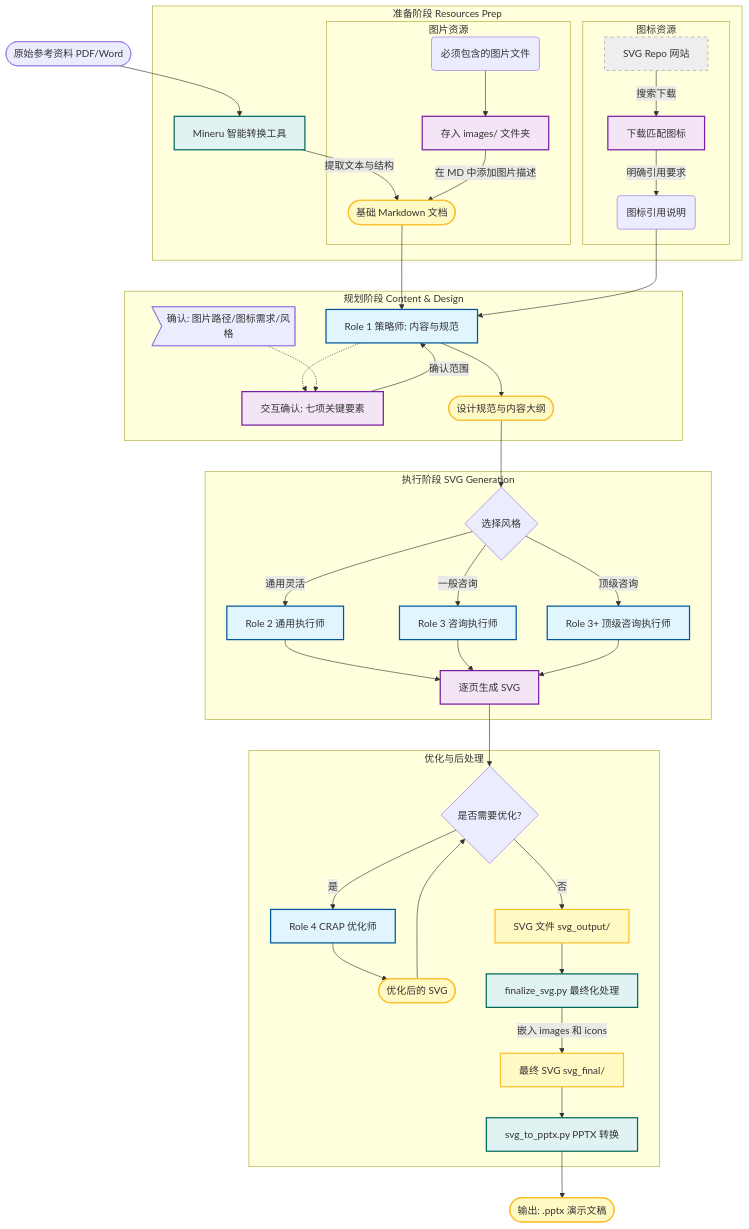
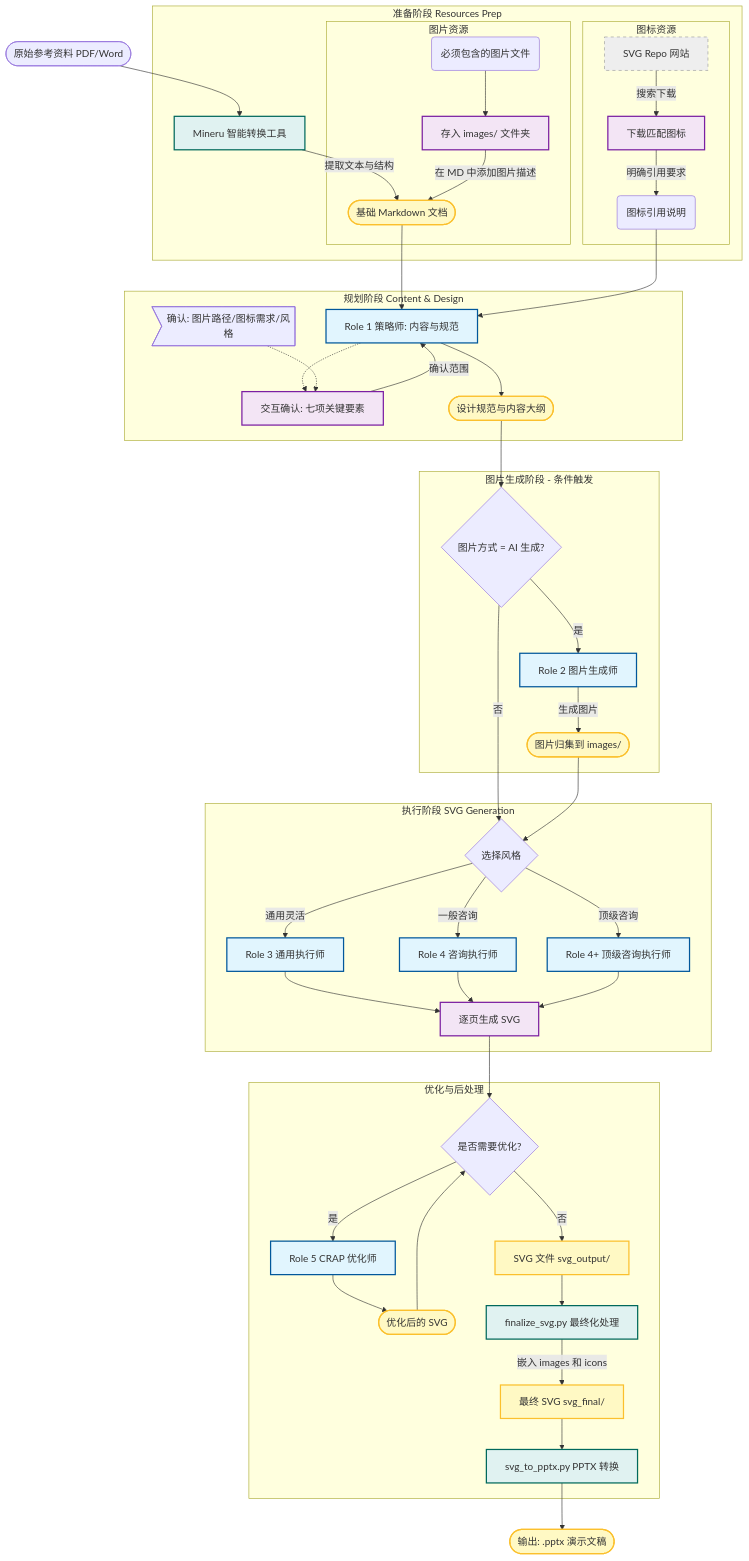
One commit to hugohe3/ppt-master changed the diagram in README.md. Above: the diagram before and after it, drawn with Mermaid. The commit also changed other lines of this file and 2 other files, not shown here.

First line of the commit message:
docs: 同步更新 README 流程图和角色介绍，新增 Image_Generator 角色

```diff
--- a/README.md
+++ b/README.md
@@ -192,7 +201,7 @@
     %% 流程入口
     RawDoc([原始参考资料 PDF/Word]) --> Mineru
 
-    %% 准备阶段 (新增)
+    %% 准备阶段
     subgraph Preparation [准备阶段 Resources Prep]
         Mineru[Mineru 智能转换工具]:::tool
         
@@ -215,7 +224,7 @@
     MD --> Strategist
     IconReq --> Strategist
 
-    %% 规划阶段 (原有)
+    %% 规划阶段
     subgraph Planning [规划阶段 Content & Design]
         Strategist[Role 1 策略师: 内容与规范]:::role
         
@@ -229,13 +238,22 @@
         Strategist --> SpecDoc([设计规范与内容大纲]):::artifact
     end
 
-    SpecDoc --> SelectStyle{选择风格}
+    SpecDoc --> CheckImage{图片方式 = AI 生成?}
+
+    %% 图片生成阶段（条件触发）
+    subgraph ImageGen [图片生成阶段 - 条件触发]
+        CheckImage -- 是 --> ImageGenerator[Role 2 图片生成师]:::role
+        ImageGenerator -- 生成图片 --> ImagesReady([图片归集到 images/]):::artifact
+    end
+
+    CheckImage -- 否 --> SelectStyle
+    ImagesReady --> SelectStyle{选择风格}
 
     %% 执行阶段
     subgraph Execution [执行阶段 SVG Generation]
-        SelectStyle -- 通用灵活 --> ExecGen[Role 2 通用执行师]:::role
-        SelectStyle -- 一般咨询 --> ExecCon[Role 3 咨询执行师]:::role
-        SelectStyle -- 顶级咨询 --> ExecTop[Role 3+ 顶级咨询执行师]:::role
+        SelectStyle -- 通用灵活 --> ExecGen[Role 3 通用执行师]:::role
+        SelectStyle -- 一般咨询 --> ExecCon[Role 4 咨询执行师]:::role
+        SelectStyle -- 顶级咨询 --> ExecTop[Role 4+ 顶级咨询执行师]:::role
         
         ExecGen --> GenerateLoop
         ExecCon --> GenerateLoop
@@ -248,7 +266,7 @@
 
     %% 优化与输出
     subgraph Output [优化与后处理]
-        CheckQA -- 是 --> Optimizer[Role 4 CRAP 优化师]:::role
+        CheckQA -- 是 --> Optimizer[Role 5 CRAP 优化师]:::role
         Optimizer --> OptimizedSVG([优化后的 SVG]):::artifact
         OptimizedSVG --> CheckQA
         
```
